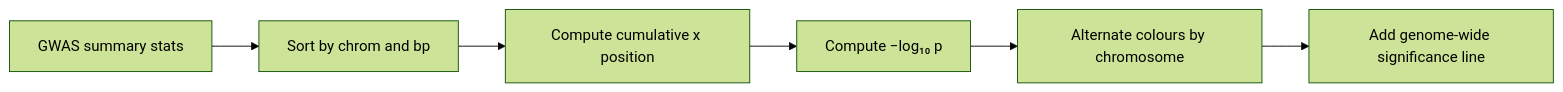
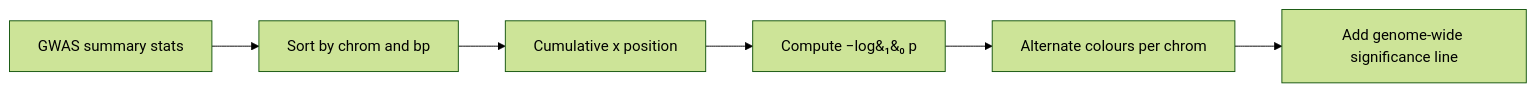
One commit to loukesio/dataviz-genomicsdata changed the second of 9 diagrams in slides/slides.qmd. Above: the diagram before and after it, drawn with Mermaid (forest theme). The commit also changed other lines of this file, not shown here.

````diff
--- a/slides/slides.qmd
+++ b/slides/slides.qmd
@@ -145,8 +167,8 @@
 ```{mermaid}
 flowchart LR
     A[GWAS summary stats] --> B[Sort by chrom and bp]
-    B --> C[Compute cumulative x position]
-    C --> D[Compute −log₁₀ p]
-    D --> E[Alternate colours by chromosome]
+    B --> C[Cumulative x position]
+    C --> D[Compute &minus;log&#8321;&#8320; p]
+    D --> E[Alternate colours per chrom]
     E --> F[Add genome-wide significance line]
 ```
````
